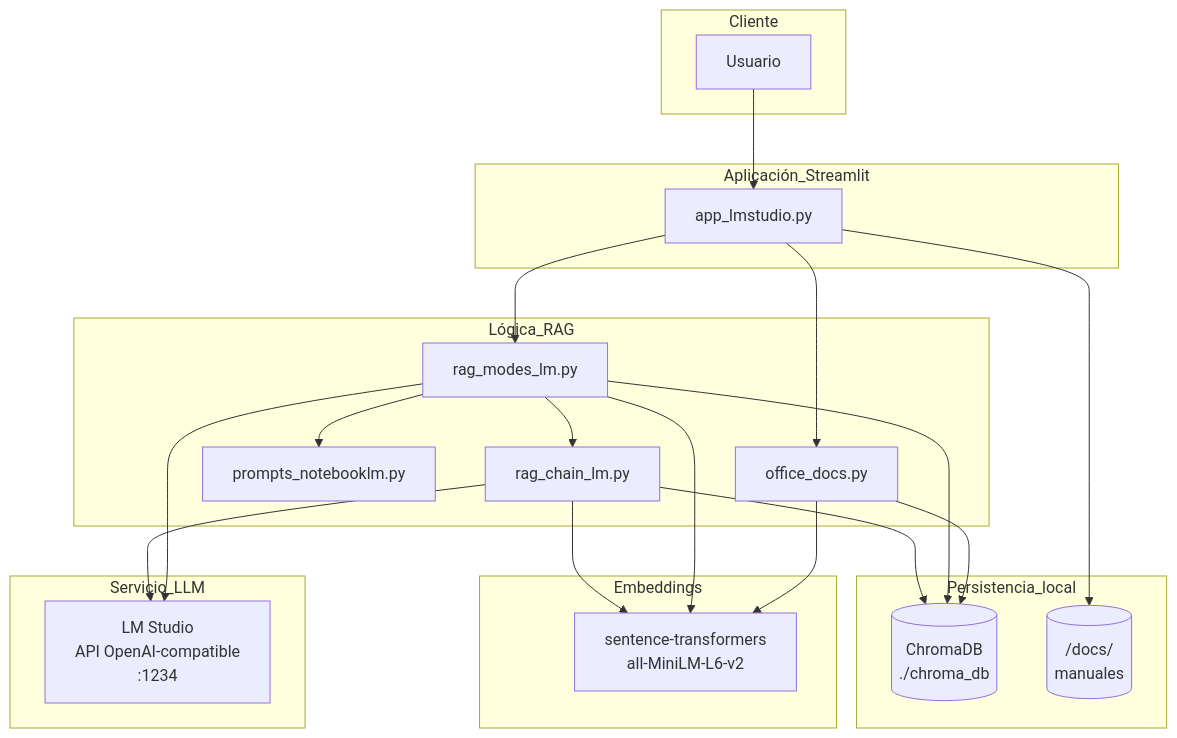
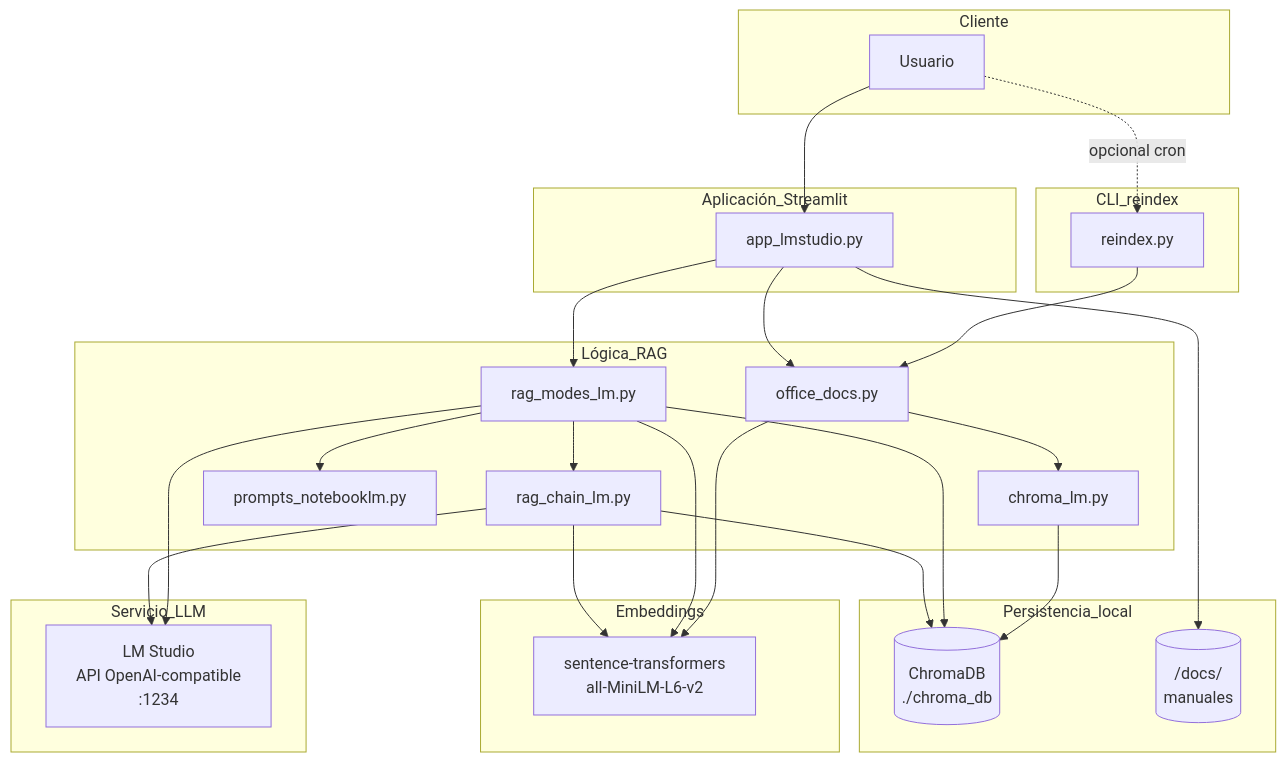
One commit to gracobjo/rag_local_lmstudio changed the first of 9 diagrams in docs/DIAGRAMAS_UML_MERMAID.md. Above: the diagram before and after it, drawn with Mermaid. The commit also changed other lines of this file and 15 other files, not shown here.

First line of the commit message:
docs y producto: specs Kiro, diagramas Mermaid, RAG LM Studio

````diff
--- a/docs/DIAGRAMAS_UML_MERMAID.md
+++ b/docs/DIAGRAMAS_UML_MERMAID.md
@@ -9,45 +11,53 @@
 ```mermaid
 flowchart TB
     subgraph Cliente
         U[Usuario]
     end
 
     subgraph Aplicación_Streamlit
         APP[app_lmstudio.py]
     end
 
+    subgraph CLI_reindex
+        RI[reindex.py]
+    end
+
     subgraph Lógica_RAG
         RC[rag_chain_lm.py]
         RM[rag_modes_lm.py]
         PR[prompts_notebooklm.py]
         OD[office_docs.py]
+        CL[chroma_lm.py]
     end
 
     subgraph Persistencia_local
         CH[(ChromaDB\n./chroma_db)]
         DOCS[(/docs/\nmanuales)]
     end
 
     subgraph Embeddings
         ST[sentence-transformers\nall-MiniLM-L6-v2]
     end
 
     subgraph Servicio_LLM
         LM[LM Studio\nAPI OpenAI-compatible\n:1234]
     end
 
     U --> APP
+    U -.->|opcional cron| RI
     APP --> OD
+    RI --> OD
     APP --> RM
     RM --> RC
     RM --> PR
     RC --> CH
     RC --> ST
     RC --> LM
     RM --> CH
     RM --> ST
     RM --> LM
-    OD --> CH
+    OD --> CL
+    CL --> CH
     OD --> ST
     APP --> DOCS
 ```
````
